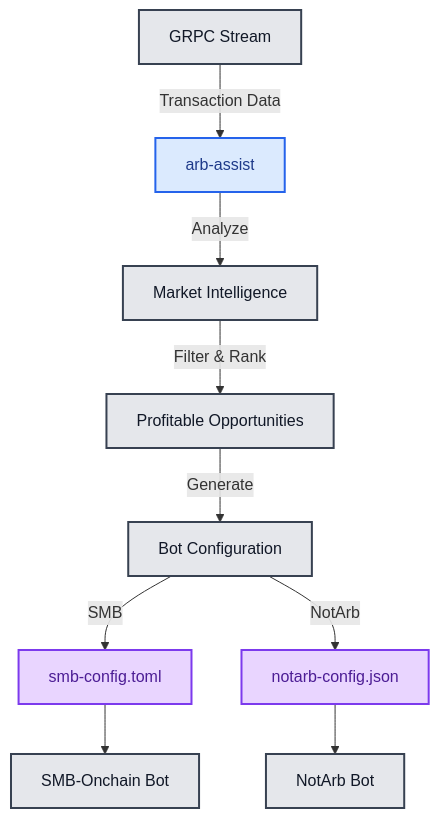
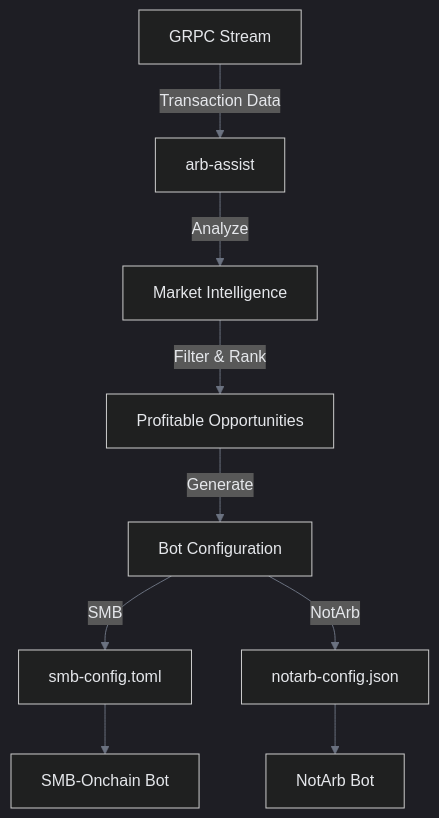
The diagram in docs/introduction/overview.md (capicua4454/arb-assist), drawn with Mermaid before and after one commit. The commit also changed 2 other files, not shown here.

Commit message:
Fix Mermaid dark mode with proper GitBook syntax
- Used %%{ init: ... }%% directive as recommended by GitBook
- Set theme to 'dark' with dark background (#1e1e1e)
- Configured all text and line colors to be light for visibility
- This should finally fix the white background issue in dark mode

````diff
--- a/docs/introduction/overview.md
+++ b/docs/introduction/overview.md
@@ -30,18 +30,12 @@
 ```mermaid
+%%{ init: { 'theme': 'dark', 'themeVariables': { 'background': '#1e1e1e', 'primaryColor': '#374151', 'primaryTextColor': '#e5e7eb', 'primaryBorderColor': '#6b7280', 'lineColor': '#6b7280', 'secondaryColor': '#1f2937', 'tertiaryColor': '#111827', 'textColor': '#e5e7eb' } } }%%
 graph TD
     A[GRPC Stream] -->|Transaction Data| B[arb-assist]
     B -->|Analyze| C[Market Intelligence]
     C -->|Filter & Rank| D[Profitable Opportunities]
     D -->|Generate| E[Bot Configuration]
     E -->|SMB| F[smb-config.toml]
     E -->|NotArb| G[notarb-config.json]
     F --> H[SMB-Onchain Bot]
     G --> I[NotArb Bot]
-    
-    classDef default fill:#e5e7eb,stroke:#374151,stroke-width:2px,color:#111827
-    classDef highlight fill:#dbeafe,stroke:#2563eb,stroke-width:2px,color:#1e3a8a
-    classDef output fill:#e9d5ff,stroke:#7c3aed,stroke-width:2px,color:#4c1d95
-    
-    class B highlight
-    class F,G output
 ```
````
